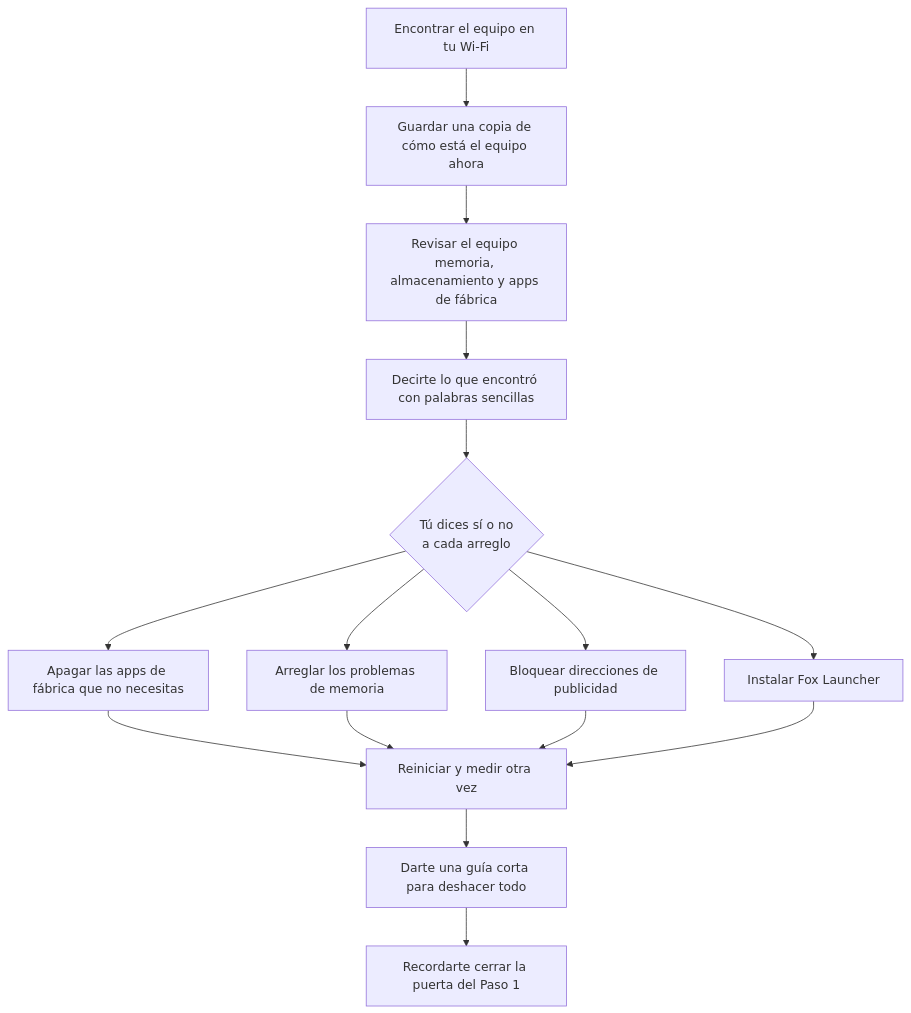
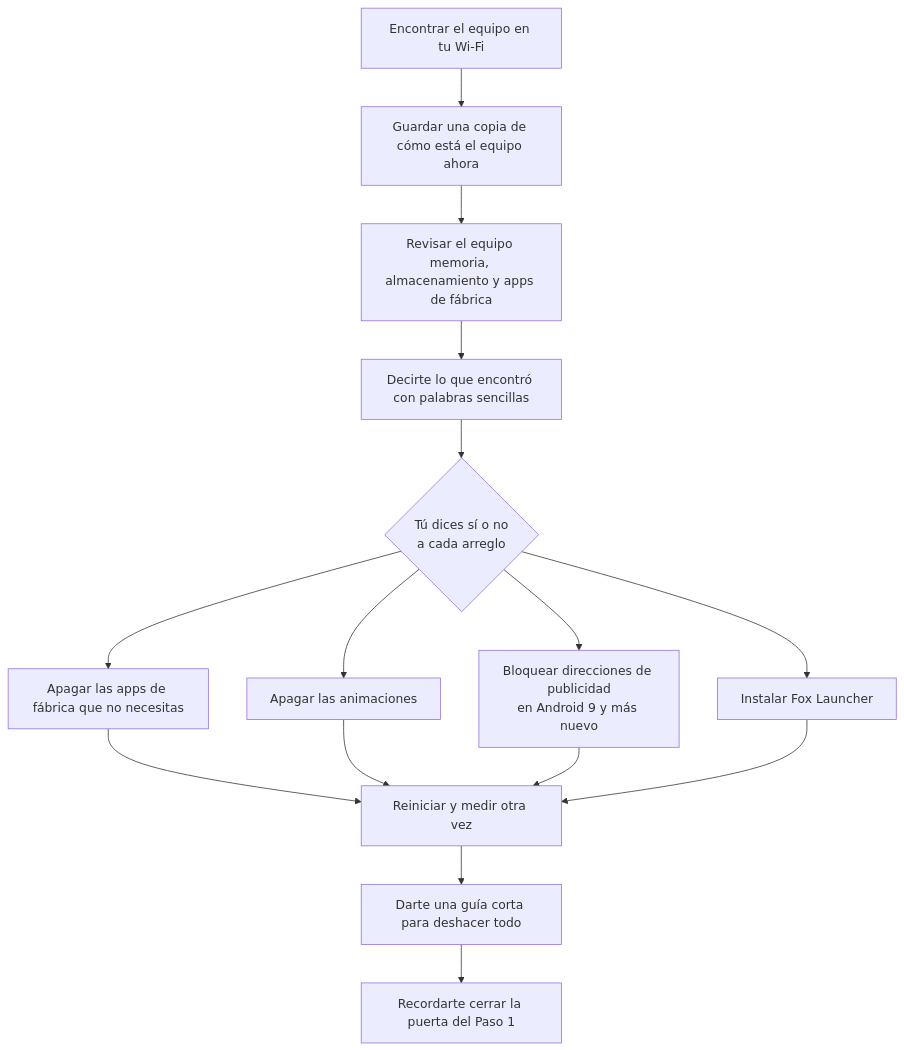
The diagram in docs/i18n/README.es.md (franco-valenzuela/fox-launcher-tvbox), drawn with Mermaid before and after one commit. The commit also changed other lines of this file and 19 other files, not shown here.

````diff
--- a/docs/i18n/README.es.md
+++ b/docs/i18n/README.es.md
@@ -82,17 +84,17 @@
 ```mermaid
 flowchart TD
     A[Encontrar el equipo en tu Wi-Fi] --> B[Guardar una copia de cómo está el equipo ahora]
     B --> C[Revisar el equipo memoria, almacenamiento y apps de fábrica]
     C --> D[Decirte lo que encontró con palabras sencillas]
     D --> E{Tú dices sí o no<br/>a cada arreglo}
     E --> F[Apagar las apps de fábrica que no necesitas]
-    E --> G[Arreglar los problemas de memoria]
-    E --> H[Bloquear direcciones de publicidad]
+    E --> G[Apagar las animaciones]
+    E --> H[Bloquear direcciones de publicidad<br/>en Android 9 y más nuevo]
     E --> I[Instalar Fox Launcher]
     F --> J[Reiniciar y medir otra vez]
     G --> J
     H --> J
     I --> J
     J --> K[Darte una guía corta para deshacer todo]
     K --> L[Recordarte cerrar la puerta del Paso 1]
 ```
````
